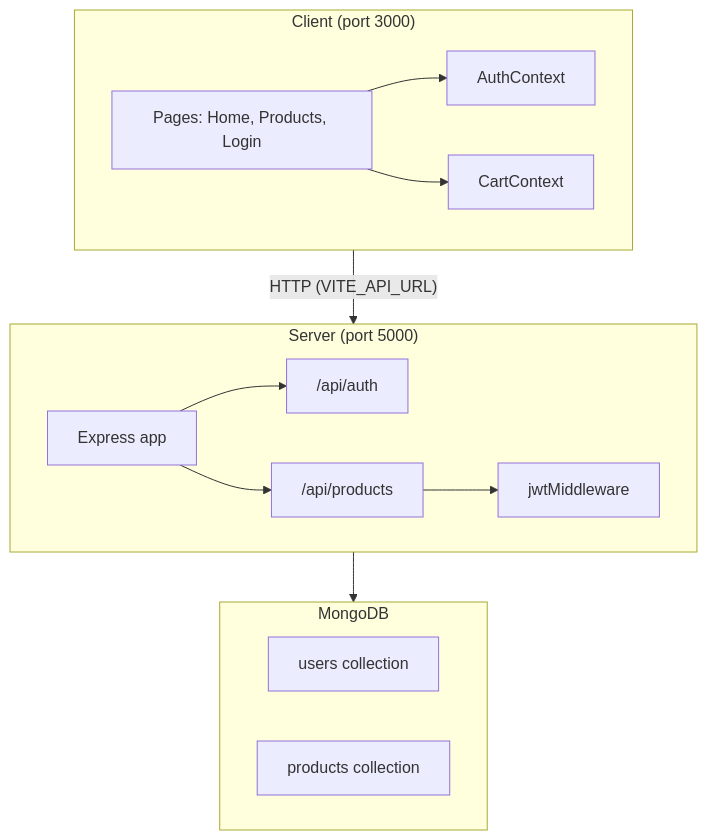
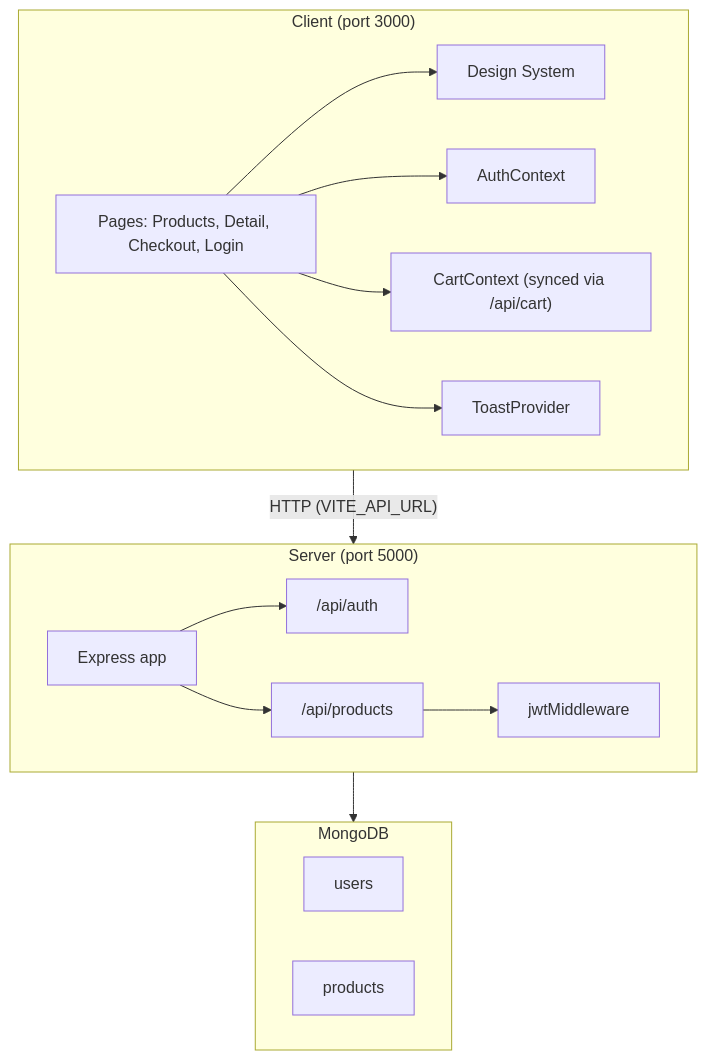
The diagram in README.md (forexlord/shopflow), drawn with Mermaid before and after one commit. The commit also changed other lines of this file and 8 other files, not shown here.

Commit message:
feat: enhance CartContext for user-specific cart synchronization, improve README with detailed features and architecture, and integrate cart API routes in the server

````diff
--- a/README.md
+++ b/README.md
@@ -19,28 +29,32 @@
 ```mermaid
 flowchart TB
   subgraph client ["Client (port 3000)"]
-    Pages["Pages: Home, Products, Login"]
+    Pages["Pages: Products, Detail, Checkout, Login"]
+    DS["Design System"]
     AuthCtx["AuthContext"]
-    CartCtx["CartContext"]
+    CartCtx["CartContext (synced via /api/cart)"]
+    ToastCtx["ToastProvider"]
+    Pages --> DS
     Pages --> AuthCtx
     Pages --> CartCtx
+    Pages --> ToastCtx
   end
 
   subgraph server ["Server (port 5000)"]
     App["Express app"]
     AuthRoutes["/api/auth"]
     ProductRoutes["/api/products"]
     JWTMw["jwtMiddleware"]
     App --> AuthRoutes
     App --> ProductRoutes
     ProductRoutes --> JWTMw
   end
 
   subgraph db ["MongoDB"]
-    Users["users collection"]
-    Products["products collection"]
+    Users["users"]
+    Products["products"]
   end
 
   client -->|"HTTP (VITE_API_URL)"| server
   server --> db
 ```
````
